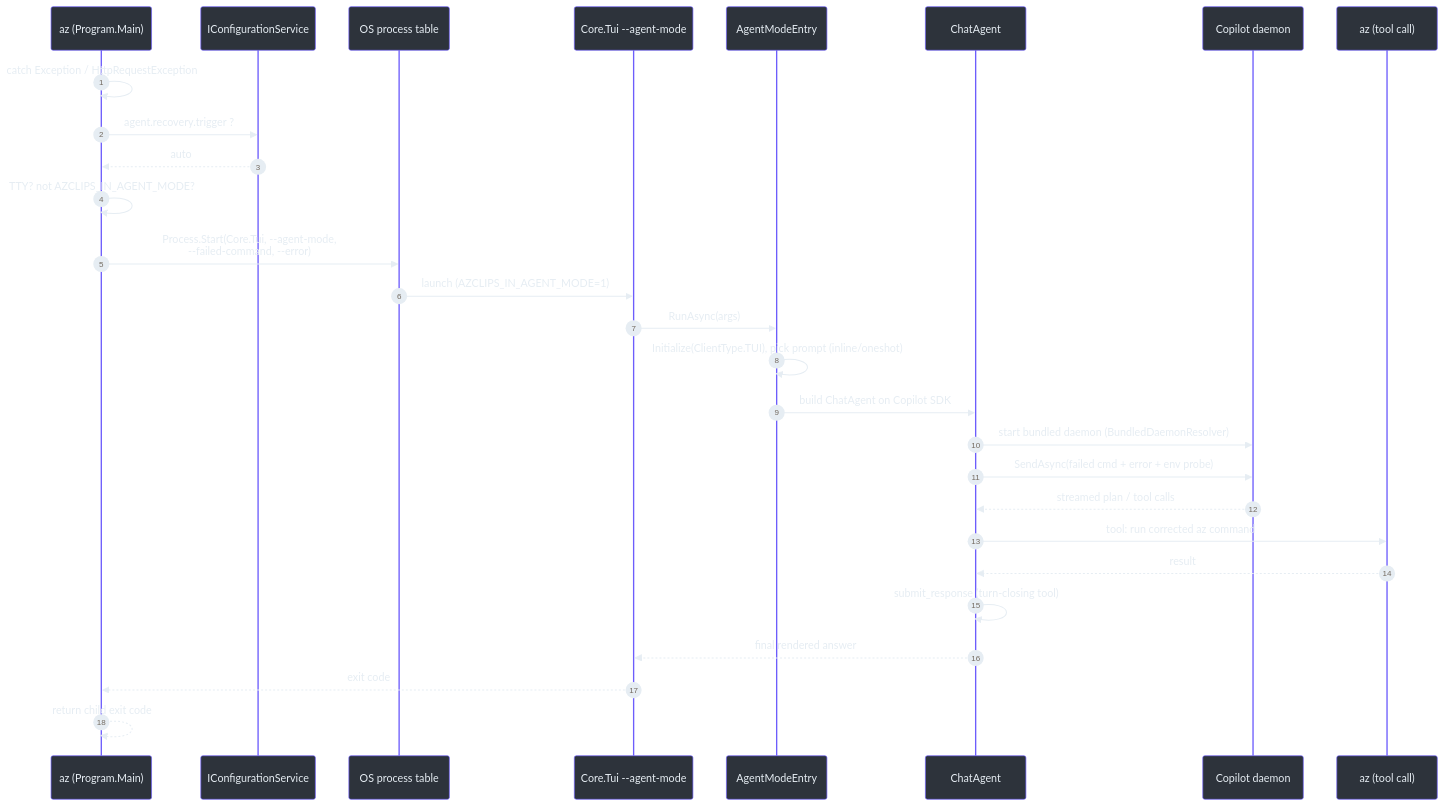
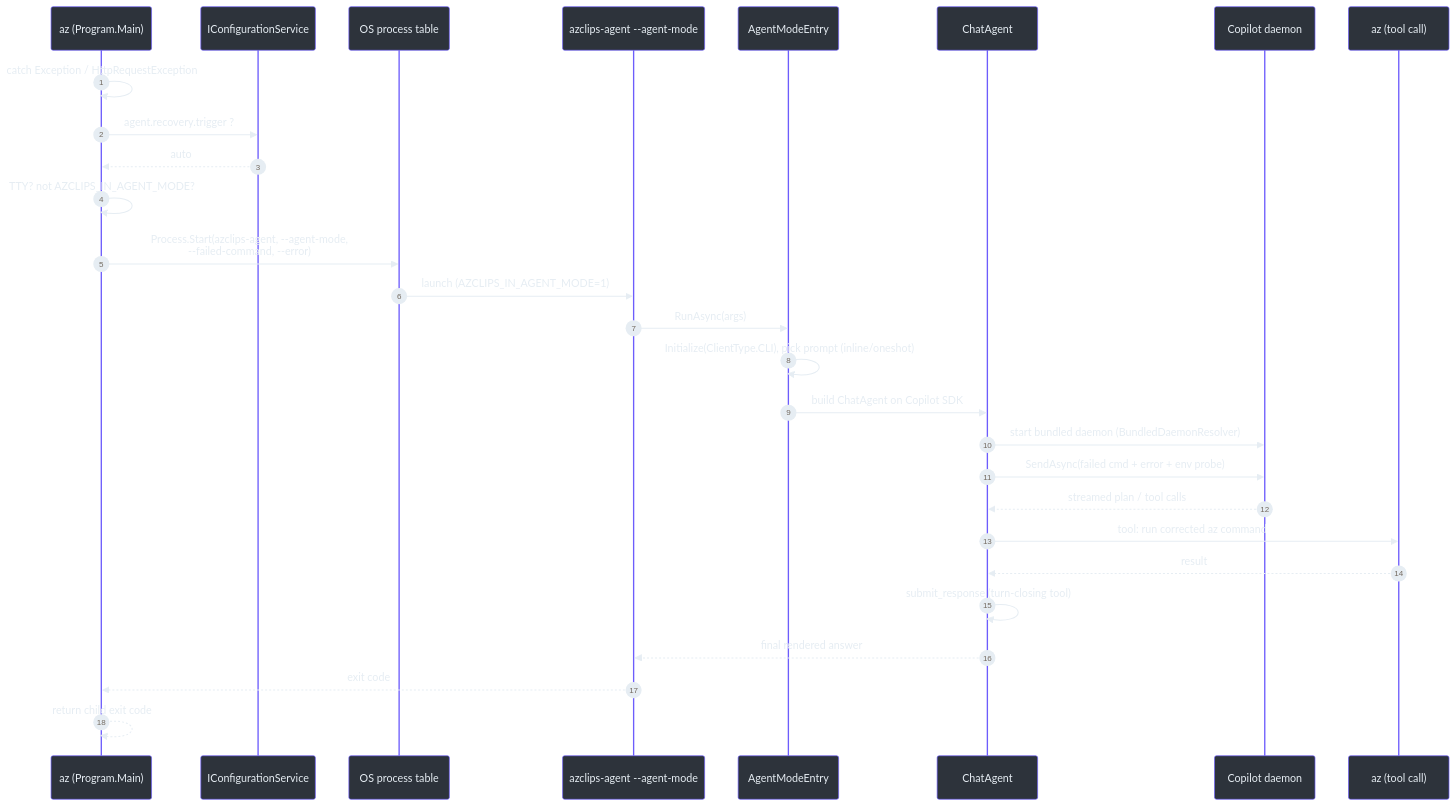
One commit to Azure/azclips changed the fourth of 5 diagrams in wiki/onboarding-guide.md. Above: the diagram before and after it, drawn with Mermaid. The commit also changed other lines of this file and 19 other files, not shown here.

````diff
--- a/wiki/onboarding-guide.md
+++ b/wiki/onboarding-guide.md
@@ -493,32 +489,32 @@
 ```mermaid
 %%{init: {'theme':'base','themeVariables':{'primaryColor':'#2d333b','primaryBorderColor':'#6d5dfc','primaryTextColor':'#e6edf3','lineColor':'#8b949e','clusterBkg':'#161b22','clusterBorder':'#30363d','fontFamily':'monospace'}}}%%
 sequenceDiagram
     autonumber
     participant CLI as az (Program.Main)
     participant CFG as IConfigurationService
     participant OS as OS process table
-    participant TUI as Core.Tui --agent-mode
+    participant TUI as azclips-agent --agent-mode
     participant AME as AgentModeEntry
     participant CA as ChatAgent
     participant DMN as Copilot daemon
     participant AZ as az (tool call)
 
     CLI->>CLI: catch Exception / HttpRequestException
     CLI->>CFG: agent.recovery.trigger ?
     CFG-->>CLI: auto
     CLI->>CLI: TTY? not AZCLIPS_IN_AGENT_MODE?
-    CLI->>OS: Process.Start(Core.Tui, --agent-mode,<br>--failed-command, --error)
+    CLI->>OS: Process.Start(azclips-agent, --agent-mode,<br>--failed-command, --error)
     OS->>TUI: launch (AZCLIPS_IN_AGENT_MODE=1)
     TUI->>AME: RunAsync(args)
-    AME->>AME: Initialize(ClientType.TUI), pick prompt (inline/oneshot)
+    AME->>AME: Initialize(ClientType.CLI), pick prompt (inline/oneshot)
     AME->>CA: build ChatAgent on Copilot SDK
     CA->>DMN: start bundled daemon (BundledDaemonResolver)
     CA->>DMN: SendAsync(failed cmd + error + env probe)
     DMN-->>CA: streamed plan / tool calls
     CA->>AZ: tool: run corrected az command
     AZ-->>CA: result
     CA->>CA: submit_response (turn-closing tool)
     CA-->>TUI: final rendered answer
     TUI-->>CLI: exit code
     CLI-->>CLI: return child exit code
 ```
````
